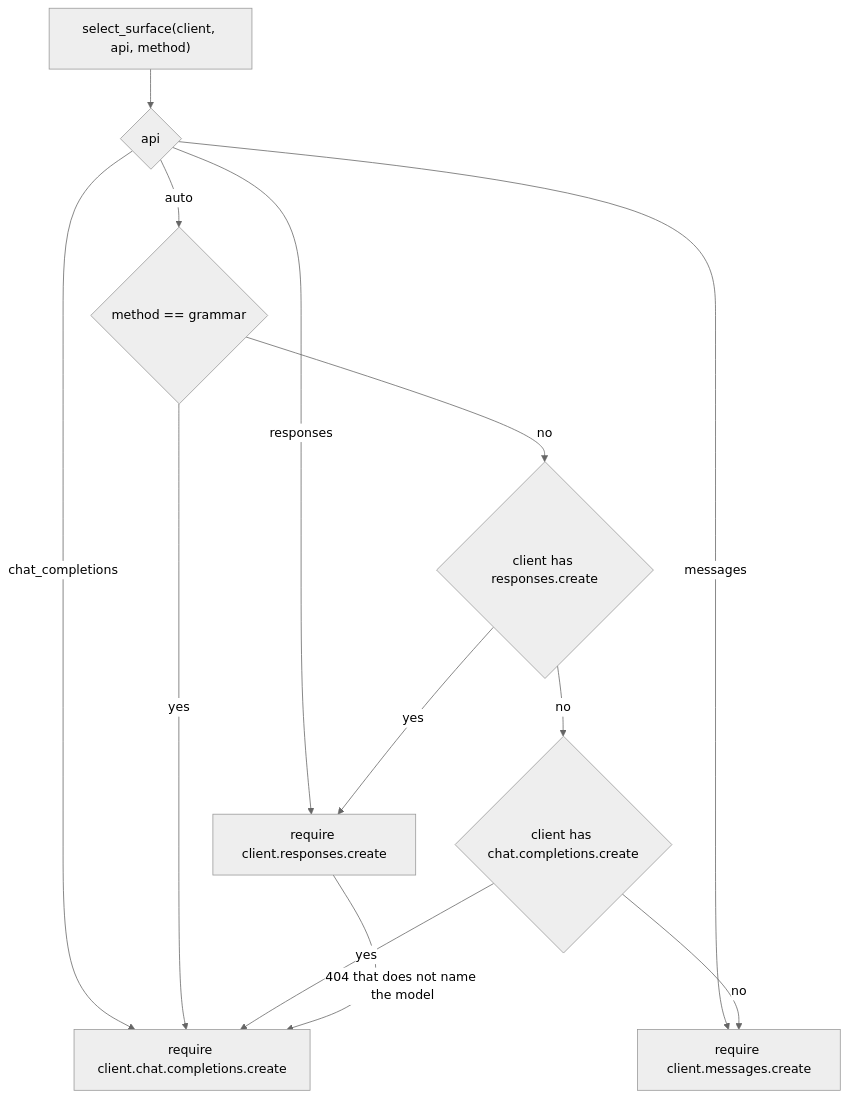
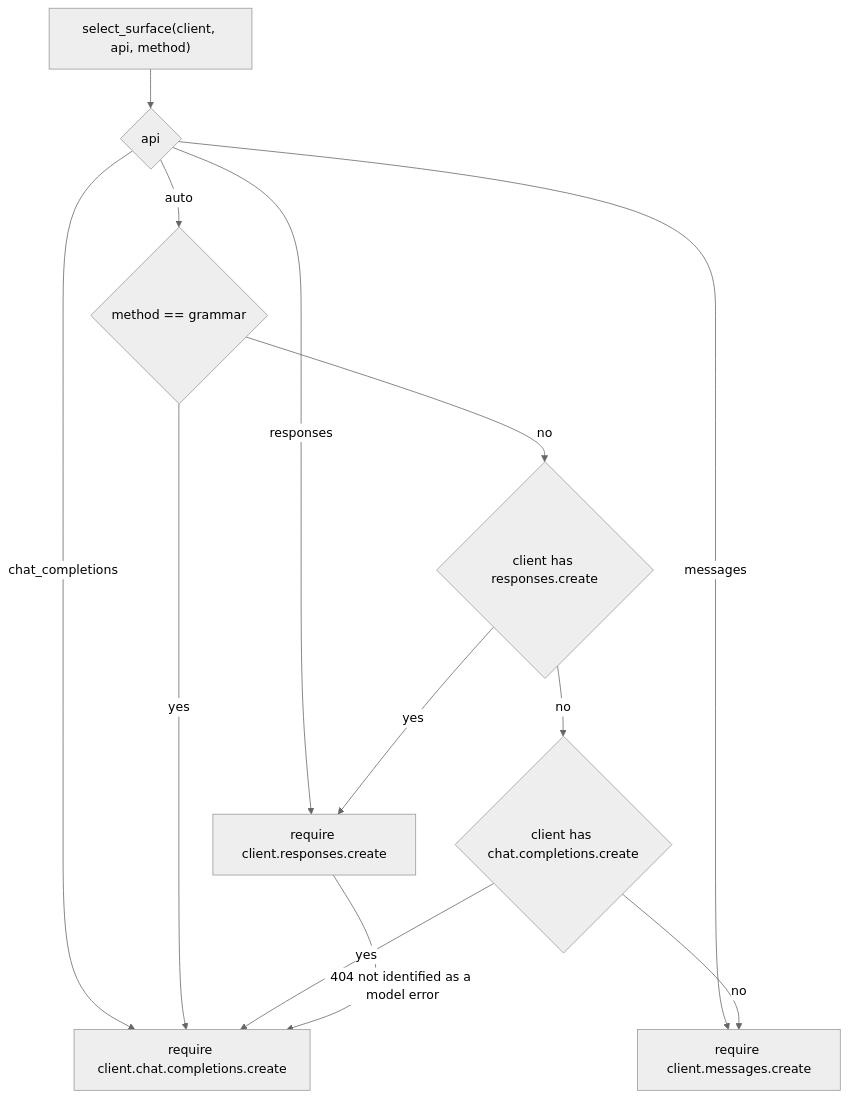
The diagram in docs/methods.md (zhulinchng/jevper), drawn with Mermaid (neutral theme) before and after one commit. The commit also changed other lines of this file and 16 other files, not shown here.

````diff
--- a/docs/methods.md
+++ b/docs/methods.md
@@ -110,15 +116,15 @@
 ```mermaid
 flowchart TD
     A["select_surface(client, api, method)"] --> B{"api"}
     B -->|"responses"| C["require client.responses.create"]
     B -->|"chat_completions"| D["require client.chat.completions.create"]
     B -->|"messages"| G["require client.messages.create"]
     B -->|"auto"| E{"method == grammar"}
     E -->|"yes"| D
     E -->|"no"| F{"client has responses.create"}
     F -->|"yes"| C
     F -->|"no"| H{"client has chat.completions.create"}
     H -->|"yes"| D
     H -->|"no"| G
-    C -->|"404 that does not name the model"| D
+    C -->|"404 not identified as a model error"| D
 ```
````
